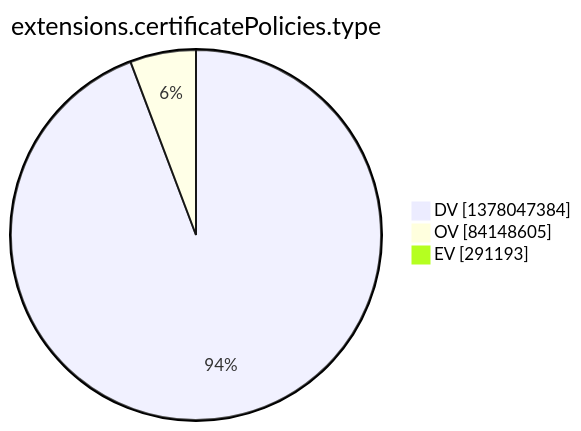
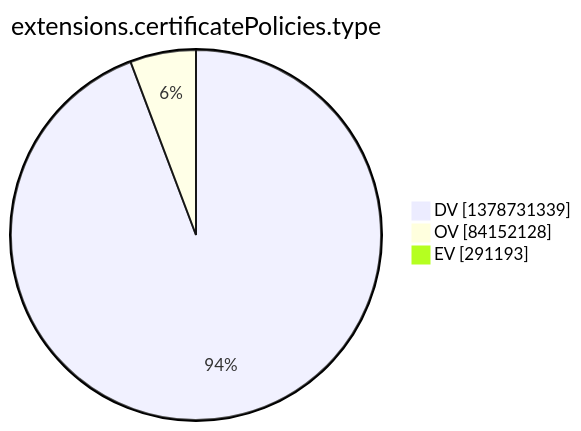
The tenth of 15 diagrams in argon2022/README.md (christiankrug/ctmonitor_visualization), drawn with Mermaid before and after one commit. The commit also changed other lines of this file, not shown here.

````diff
--- a/argon2022/README.md
+++ b/argon2022/README.md
@@ -2773,7 +2773,7 @@
 ```mermaid
 pie showData
 title extensions.certificatePolicies.type
-"DV" :1378047384
-"OV" :84148605
+"DV" :1378731339
+"OV" :84152128
 "EV" :291193
 ```
````
